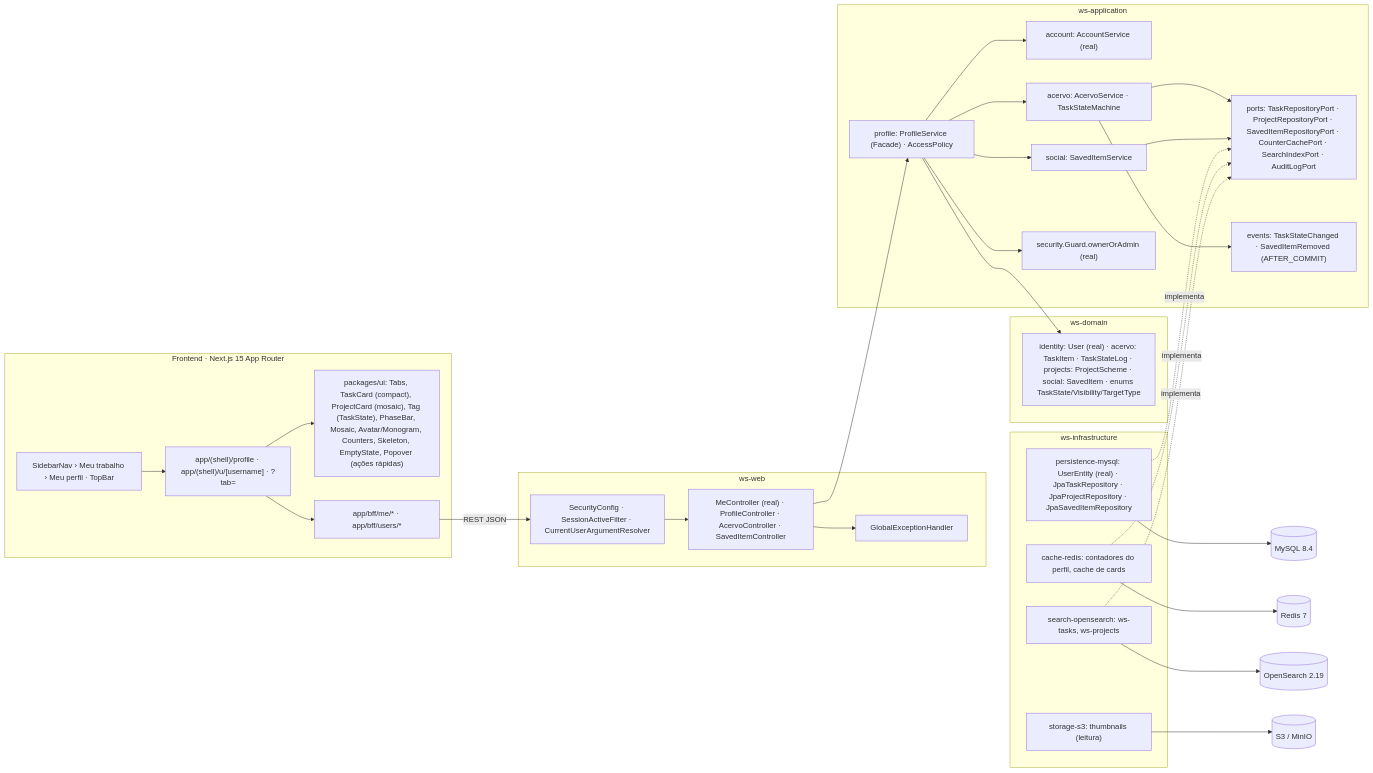
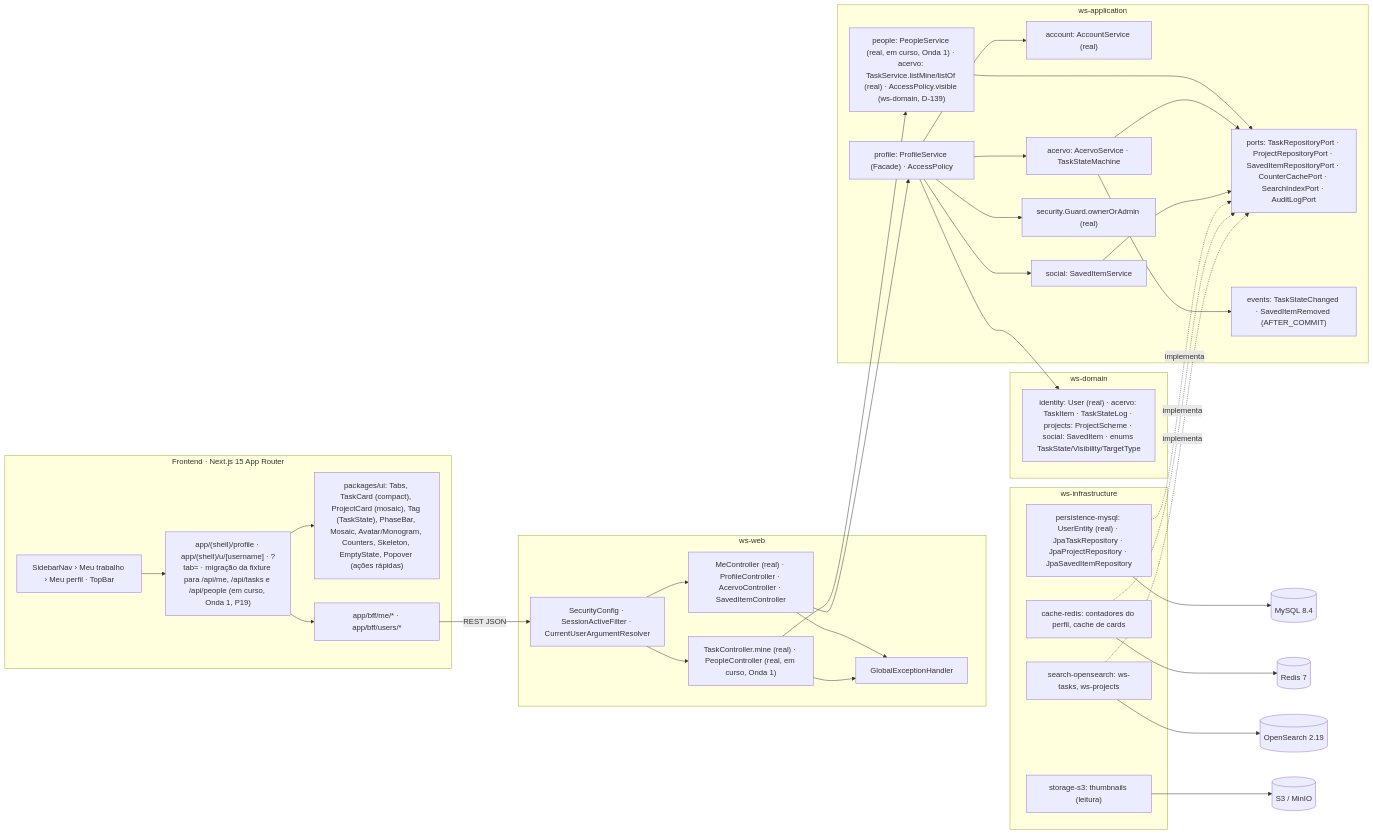
Before and after one commit to MatheusHaliski/Decia-app-2026: the fifth of 5 diagrams in docs/diagramas/RF6/README.md, drawn with Mermaid. The commit also changed other lines of this file and 6 other files, not shown here.

First line of the commit message:
docs(diagramas): RF2, RF6, RF14–RF17 com sessão e perfil reais

````diff
--- a/docs/diagramas/RF6/README.md
+++ b/docs/diagramas/RF6/README.md
@@ -415,53 +468,58 @@
 ```mermaid
 flowchart LR
   subgraph FE["Frontend · Next.js 15 App Router"]
-    PG["app/(shell)/profile · app/(shell)/u/[username] · ?tab="]
+    PG["app/(shell)/profile · app/(shell)/u/[username] · ?tab= · migração da fixture para /api/me, /api/tasks e /api/people (em curso, Onda 1, P19)"]
     UI["packages/ui: Tabs, TaskCard (compact), ProjectCard (mosaic), Tag (TaskState), PhaseBar, Mosaic, Avatar/Monogram, Counters, Skeleton, EmptyState, Popover (ações rápidas)"]
     SN["SidebarNav › Meu trabalho › Meu perfil · TopBar"]
     BFF["app/bff/me/* · app/bff/users/*"]
     PG --> UI
     PG --> BFF
     SN --> PG
   end
   subgraph WSWEB["ws-web"]
     SEC["SecurityConfig · SessionActiveFilter · CurrentUserArgumentResolver"]
     MC["MeController (real) · ProfileController · AcervoController · SavedItemController"]
+    TPC["TaskController.mine (real) · PeopleController (real, em curso, Onda 1)"]
     GEH["GlobalExceptionHandler"]
   end
   subgraph WSAPP["ws-application"]
     PF["profile: ProfileService (Facade) · AccessPolicy"]
     AC["account: AccountService (real)"]
     ACV["acervo: AcervoService · TaskStateMachine"]
     SOC["social: SavedItemService"]
     GD["security.Guard.ownerOrAdmin (real)"]
+    PS["people: PeopleService (real, em curso, Onda 1) · acervo: TaskService.listMine/listOf (real) · AccessPolicy.visible (ws-domain, D-139)"]
+    PS --> PORTS
     PORTS["ports: TaskRepositoryPort · ProjectRepositoryPort · SavedItemRepositoryPort · CounterCachePort · SearchIndexPort · AuditLogPort"]
     EVT["events: TaskStateChanged · SavedItemRemoved (AFTER_COMMIT)"]
     PF --> AC
     PF --> ACV
     PF --> SOC
     PF --> GD
     ACV --> PORTS
     SOC --> PORTS
     ACV --> EVT
   end
   subgraph WSDOM["ws-domain"]
     DOM["identity: User (real) · acervo: TaskItem · TaskStateLog · projects: ProjectScheme · social: SavedItem · enums TaskState/Visibility/TargetType"]
   end
   subgraph INFRA["ws-infrastructure"]
     MY["persistence-mysql: UserEntity (real) · JpaTaskRepository · JpaProjectRepository · JpaSavedItemRepository"]
     RDS["cache-redis: contadores do perfil, cache de cards"]
     OSE["search-opensearch: ws-tasks, ws-projects"]
     S3["storage-s3: thumbnails (leitura)"]
   end
 
   BFF -->|"REST JSON"| SEC --> MC --> PF
   MC --> GEH
+  SEC --> TPC --> PS
+  TPC --> GEH
   MY -.implementa.-> PORTS
   RDS -.implementa.-> PORTS
   OSE -.implementa.-> PORTS
   PF --> DOM
   MY --> DB[("MySQL 8.4")]
   RDS --> RD[("Redis 7")]
   OSE --> OSX[("OpenSearch 2.19")]
   S3 --> MINIO[("S3 / MinIO")]
 ```
````
